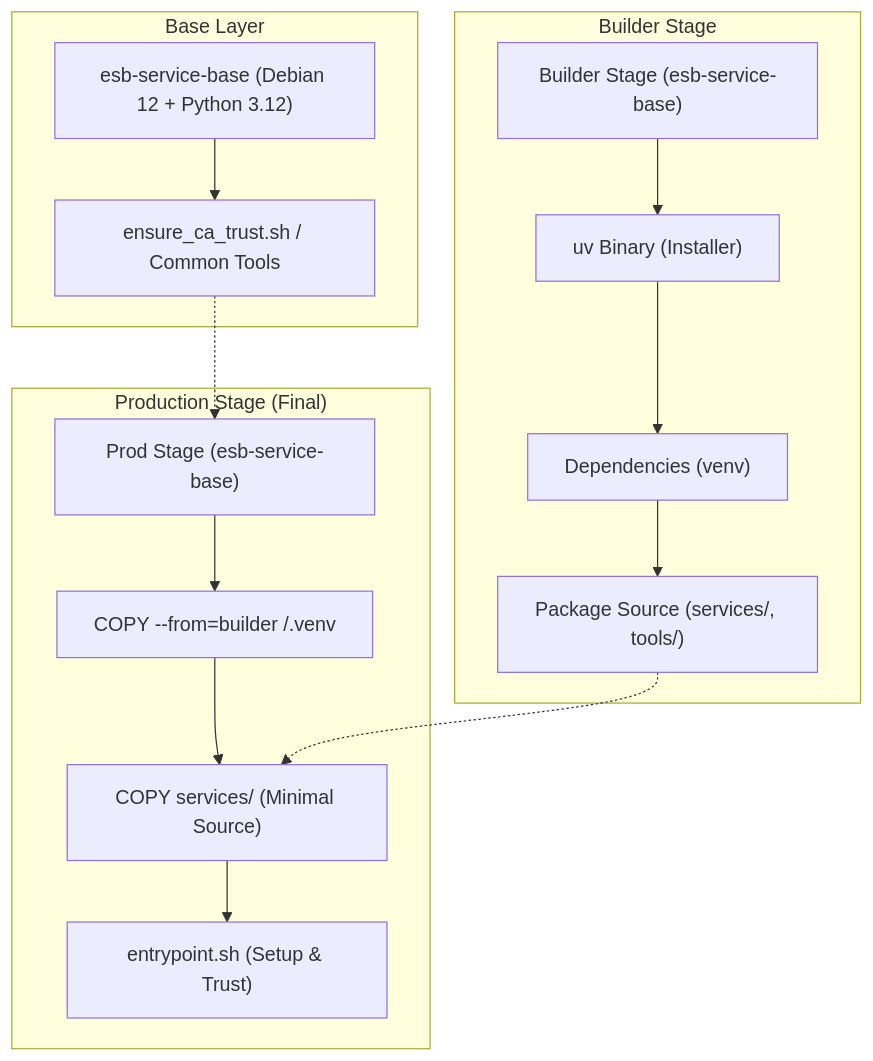
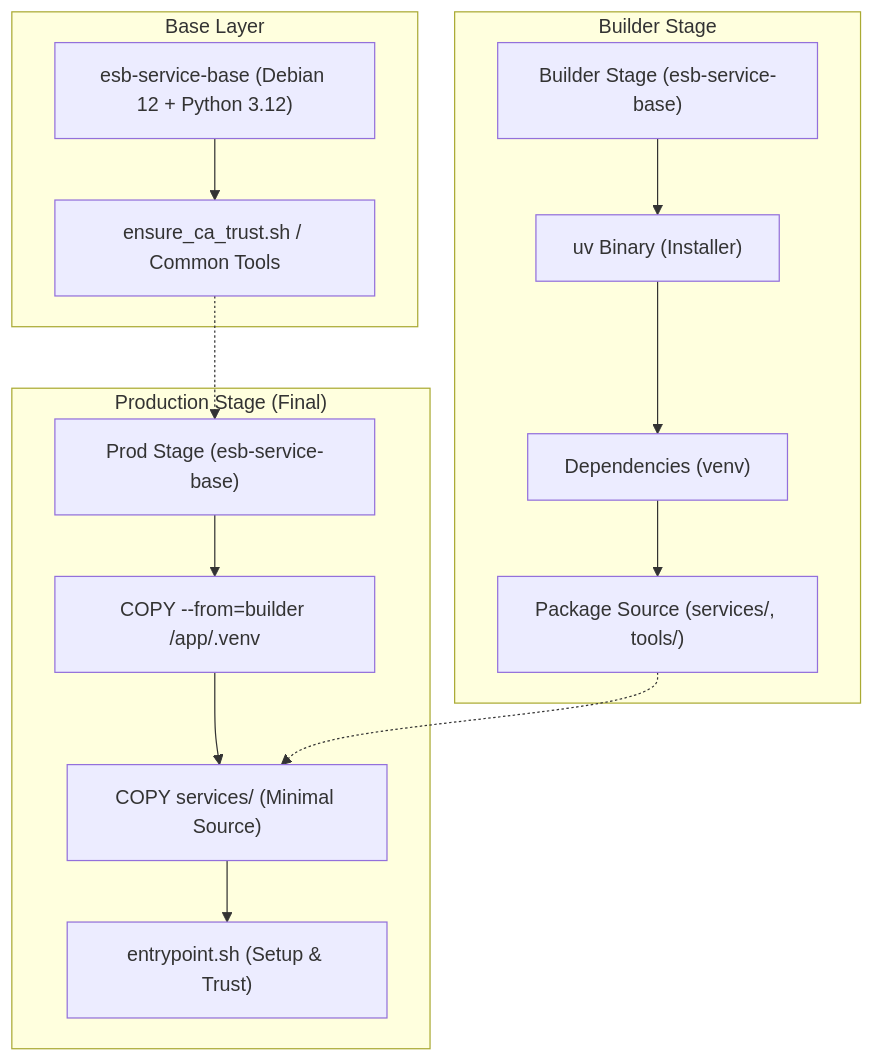
Before and after one commit to poruru-code/esb: the diagram in docs/docker-architecture.md, drawn with Mermaid. The commit also changed other lines of this file, not shown here.

First line of the commit message:
docs: finalize docker architecture documentation with architect feedback

````diff
--- a/docs/docker-architecture.md
+++ b/docs/docker-architecture.md
@@ -32,33 +33,33 @@
 ```mermaid
 graph TD
     subgraph "Base Layer"
         BASE["esb-service-base (Debian 12 + Python 3.12)"]
         TRUST["ensure_ca_trust.sh / Common Tools"]
         BASE --> TRUST
     end
 
     subgraph "Builder Stage"
         BUILD["Builder Stage (esb-service-base)"]
         UV["uv Binary (Installer)"]
         DEPS["Dependencies (venv)"]
         SRC["Package Source (services/, tools/)"]
         
         BUILD --> UV
         UV --> DEPS
         DEPS --> SRC
     end
 
     subgraph "Production Stage (Final)"
         PROD["Prod Stage (esb-service-base)"]
-        COPY_VENV["COPY --from=builder /.venv"]
+        COPY_VENV["COPY --from=builder /app/.venv"]
         COPY_APP["COPY services/ (Minimal Source)"]
         ENTRY["entrypoint.sh (Setup & Trust)"]
         
         PROD --> COPY_VENV
         COPY_VENV --> COPY_APP
         COPY_APP --> ENTRY
     end
 
     TRUST -.-> PROD
     SRC -.-> COPY_APP
 ```
````
